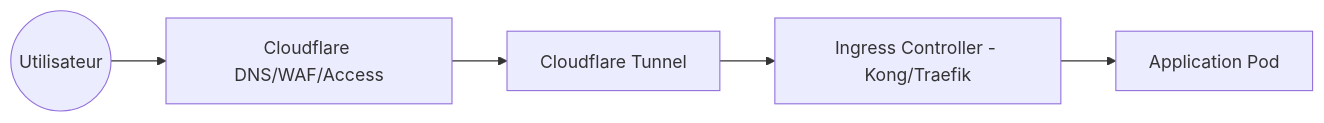
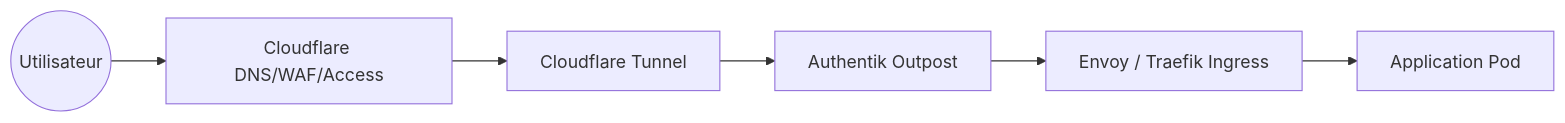
Before and after one commit to SmadjaPaul/homelab: the diagram in docs/NETWORKING.md, drawn with Mermaid. The commit also changed other lines of this file and 27 other files, not shown here.

````diff
--- a/docs/NETWORKING.md
+++ b/docs/NETWORKING.md
@@ -9,7 +9,8 @@
 ```mermaid
 graph LR
     User((Utilisateur)) --> CF[Cloudflare DNS/WAF/Access]
     CF --> Tunnel[Cloudflare Tunnel]
-    Tunnel --> Ingress[Ingress Controller - Kong/Traefik]
+    Tunnel --> Outpost[Authentik Outpost]
+    Outpost --> Ingress[Envoy / Traefik Ingress]
     Ingress --> Service[Application Pod]
 ```
````
